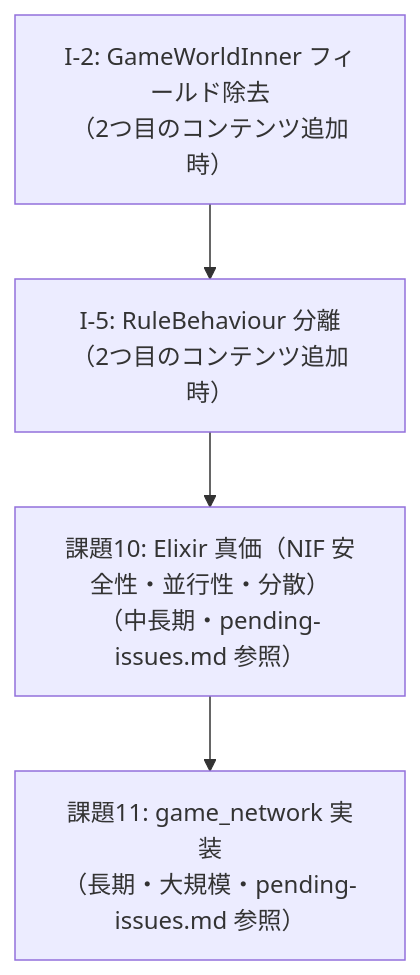
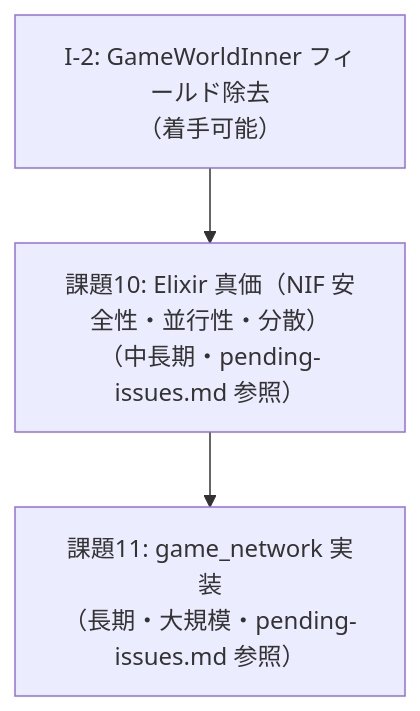
One commit to FRICK-ELDY/alchemy-engine changed the diagram in docs/improvement-plan.md. Above: the diagram before and after it, drawn with Mermaid. The commit also changed other lines of this file and 10 other files, not shown here.

````diff
--- a/docs/improvement-plan.md
+++ b/docs/improvement-plan.md
@@ -143,11 +65,9 @@
 ```mermaid
 graph TD
-    I2["I-2: GameWorldInner フィールド除去\n（2つ目のコンテンツ追加時）"]
-    I5["I-5: RuleBehaviour 分離\n（2つ目のコンテンツ追加時）"]
+    I2["I-2: GameWorldInner フィールド除去\n（着手可能）"]
     P10["課題10: Elixir 真価（NIF 安全性・並行性・分散）\n（中長期・pending-issues.md 参照）"]
     P11["課題11: game_network 実装\n（長期・大規模・pending-issues.md 参照）"]
 
-    I2 --> I5
-    I5 --> P10
+    I2 --> P10
     P10 --> P11
 ```
````
